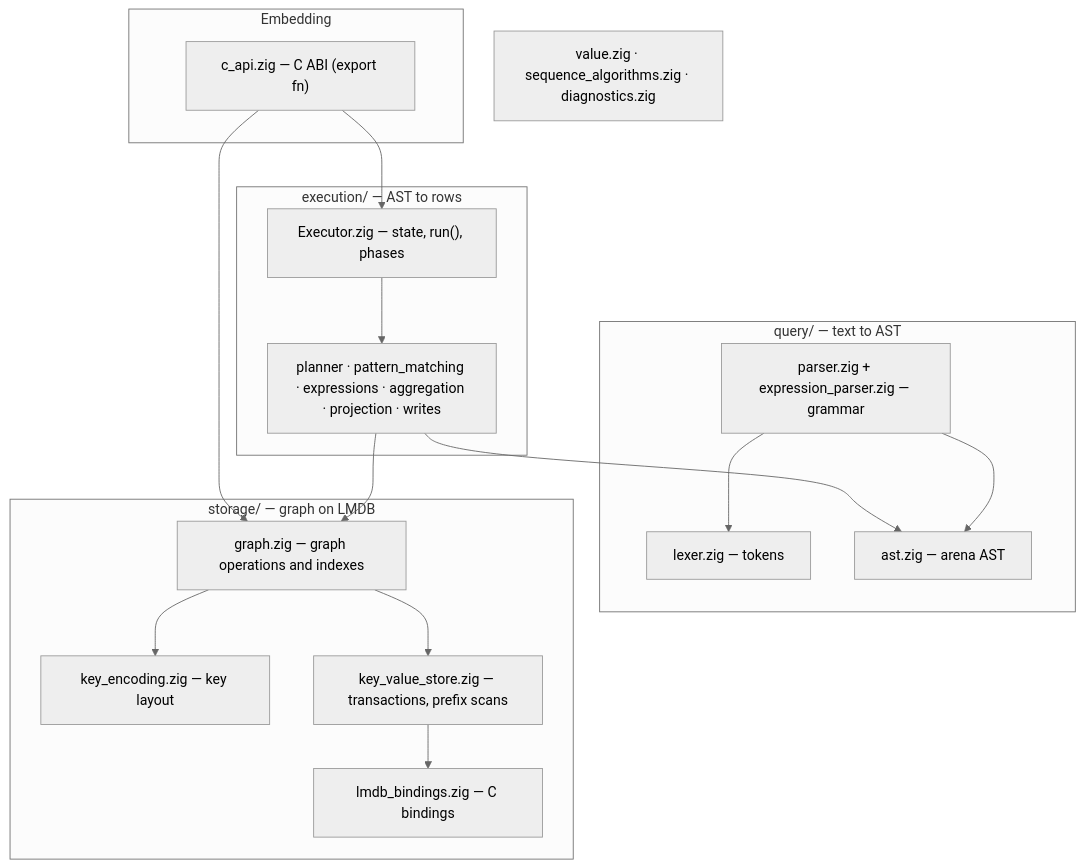
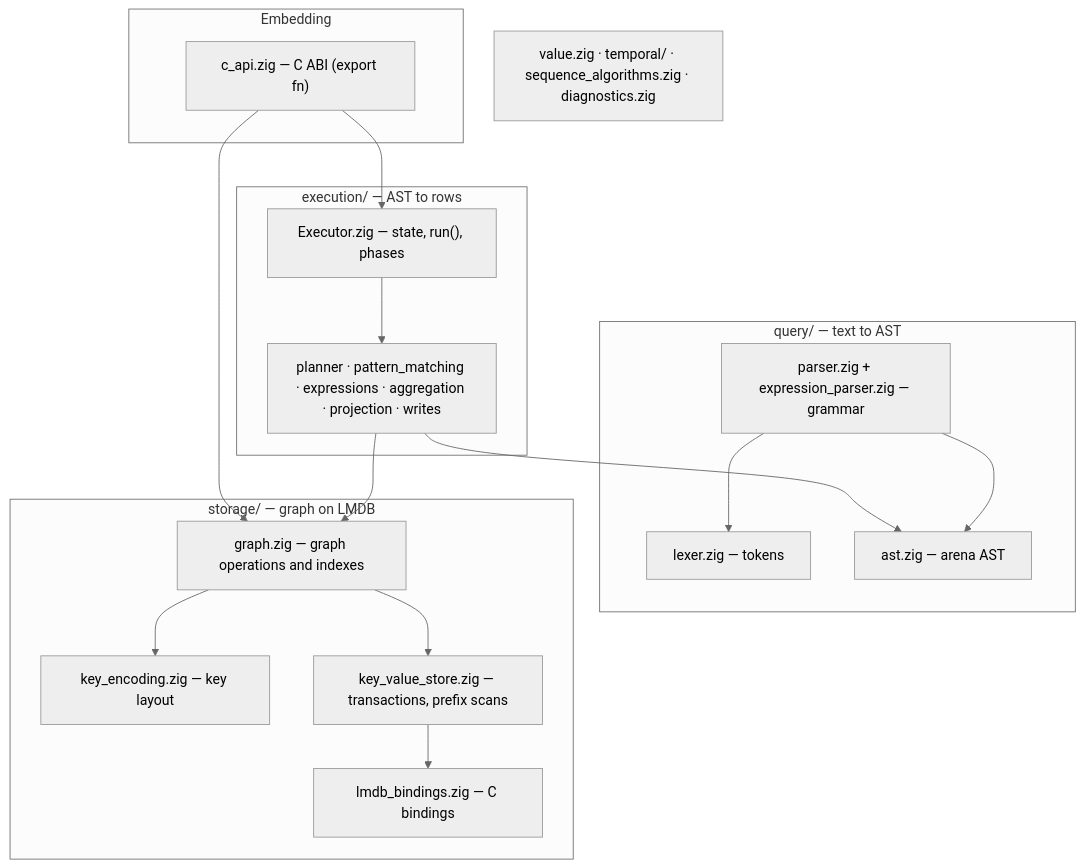
Before and after one commit to acasadom/zypherdb: the first of 2 diagrams in docs/guide/architecture.md, drawn with Mermaid (neutral theme). The commit also changed other lines of this file and 35 other files, not shown here.

````diff
--- a/docs/guide/architecture.md
+++ b/docs/guide/architecture.md
@@ -41,33 +41,33 @@
 ```{mermaid}
 flowchart TB
   subgraph embed["Embedding"]
     CAPI["c_api.zig — C ABI (export fn)"]
   end
   subgraph query["query/ — text to AST"]
     Lexer["lexer.zig — tokens"]
     Parser["parser.zig + expression_parser.zig — grammar"]
     AST["ast.zig — arena AST"]
   end
   subgraph execution["execution/ — AST to rows"]
     Executor["Executor.zig — state, run(), phases"]
     Steps["planner · pattern_matching · expressions · aggregation · projection · writes"]
   end
   subgraph storage["storage/ — graph on LMDB"]
     Graph["graph.zig — graph operations and indexes"]
     Keys["key_encoding.zig — key layout"]
     KV["key_value_store.zig — transactions, prefix scans"]
     LMDB["lmdb_bindings.zig — C bindings"]
   end
-  Shared["value.zig · sequence_algorithms.zig · diagnostics.zig"]
+  Shared["value.zig · temporal/ · sequence_algorithms.zig · diagnostics.zig"]
 
   CAPI --> Executor
   CAPI --> Graph
   Executor --> Steps
   Steps --> AST
   Steps --> Graph
   Parser --> Lexer
   Parser --> AST
   Graph --> Keys
   Graph --> KV
   KV --> LMDB
 ```
````
